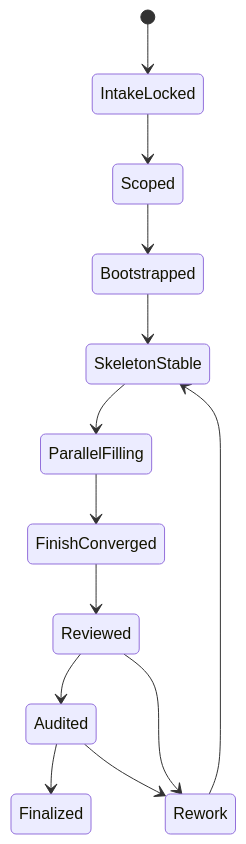
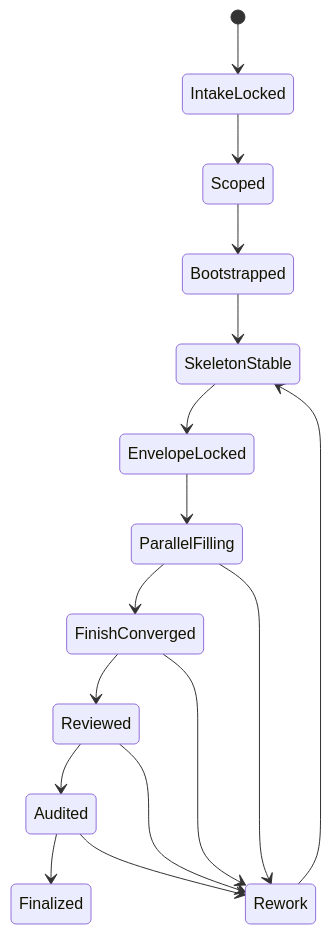
Before and after one commit to ZEN-VOID/AI-CUT: the third of 4 diagrams in .agents/skills/aigc/3-Detail/SKILL.md, drawn with Mermaid. The commit also changed other lines of this file and 25 other files, not shown here.

````diff
--- a/.agents/skills/aigc/3-Detail/SKILL.md
+++ b/.agents/skills/aigc/3-Detail/SKILL.md
@@ -174,15 +177,18 @@
 ```mermaid
 stateDiagram-v2
     [*] --> IntakeLocked
     IntakeLocked --> Scoped
     Scoped --> Bootstrapped
     Bootstrapped --> SkeletonStable
-    SkeletonStable --> ParallelFilling
+    SkeletonStable --> EnvelopeLocked
+    EnvelopeLocked --> ParallelFilling
     ParallelFilling --> FinishConverged
     FinishConverged --> Reviewed
     Reviewed --> Audited
     Audited --> Finalized
     Reviewed --> Rework
     Audited --> Rework
+    ParallelFilling --> Rework
+    FinishConverged --> Rework
     Rework --> SkeletonStable
 ```
````
